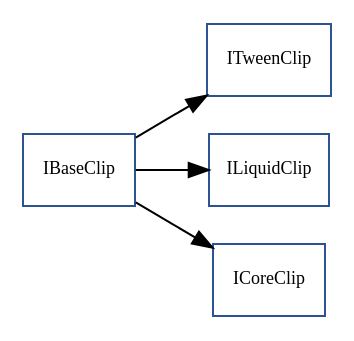
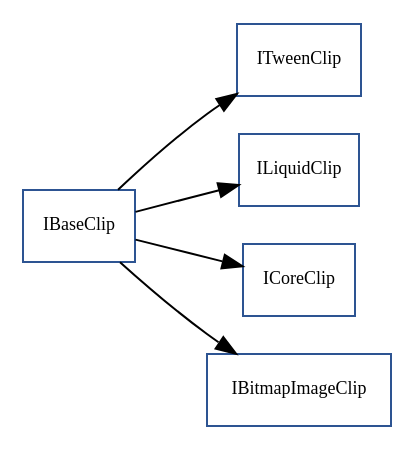
The diagram in docs/com/sekati/display/interfaces.dot (sekati/sasapi), drawn with Graphviz before and after one commit. The commit also changed 59 other files, not shown here.

```diff
--- a/docs/com/sekati/display/interfaces.dot
+++ b/docs/com/sekati/display/interfaces.dot
@@ -1,42 +1,52 @@
 strict digraph interface_diagram {
   rankdir=LR;
   ITweenClip[
     label="ITweenClip",
     URL="ITweenClip.html",
     tooltip="com.sekati.display.ITweenClip",
     fontname="Verdana-Italic",
     fontsize="9"
     color="#2d5492"
     shape="record"
   ];
   ILiquidClip[
     label="ILiquidClip",
     URL="ILiquidClip.html",
     tooltip="com.sekati.display.ILiquidClip",
     fontname="Verdana-Italic",
     fontsize="9"
     color="#2d5492"
     shape="record"
   ];
   ICoreClip[
     label="ICoreClip",
     URL="ICoreClip.html",
     tooltip="com.sekati.display.ICoreClip",
     fontname="Verdana-Italic",
     fontsize="9"
     color="#2d5492"
     shape="record"
   ];
+  IBitmapImageClip[
+    label="IBitmapImageClip",
+    URL="IBitmapImageClip.html",
+    tooltip="com.sekati.display.IBitmapImageClip",
+    fontname="Verdana-Italic",
+    fontsize="9"
+    color="#2d5492"
+    shape="record"
+  ];
   IBaseClip[
     label="IBaseClip",
     URL="IBaseClip.html",
     tooltip="com.sekati.display.IBaseClip",
     fontname="Verdana-Italic",
     fontsize="9"
     color="#2d5492"
     shape="record"
   ];
   IBaseClip -> ITweenClip;
   IBaseClip -> ILiquidClip;
   IBaseClip -> ICoreClip;
+  IBaseClip -> IBitmapImageClip;
 }
```
